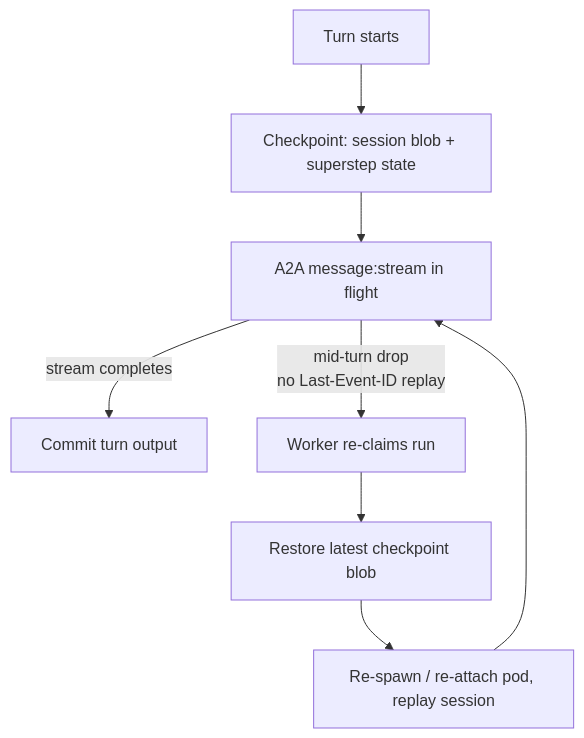
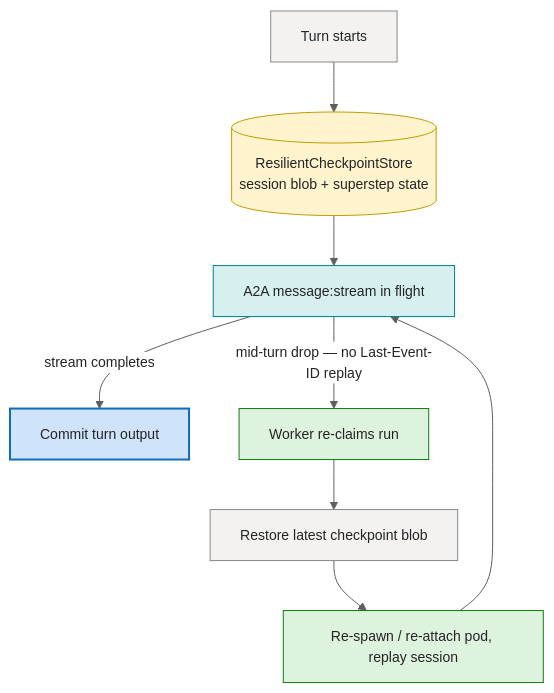
The third of 3 diagrams in docs/deep-dive/a2a-bridge.md (sabbour/agentweaver), drawn with Mermaid before and after one commit. The commit also changed other lines of this file and 13 other files, not shown here.

````diff
--- a/docs/deep-dive/a2a-bridge.md
+++ b/docs/deep-dive/a2a-bridge.md
@@ -143,10 +162,26 @@
 ```mermaid
+%%{init: {'theme':'base','themeVariables':{'fontFamily':'Segoe UI, system-ui, -apple-system, sans-serif','fontSize':'14px','primaryColor':'#E8EEF9','primaryBorderColor':'#0F6CBD','primaryTextColor':'#242424','lineColor':'#605E5C','clusterBkg':'#FAF9F8','clusterBorder':'#D2D0CE','edgeLabelBackground':'#FFFFFF'}}}%%
 flowchart TD
-    Start[Turn starts] --> CK1[Checkpoint: session blob + superstep state]
-    CK1 --> Stream[A2A message:stream in flight]
-    Stream -->|stream completes| Done[Commit turn output]
-    Stream -->|mid-turn drop\nno Last-Event-ID replay| Reclaim[Worker re-claims run]
-    Reclaim --> Restore[Restore latest checkpoint blob]
-    Restore --> Respawn[Re-spawn / re-attach pod, replay session]
+    Start["Turn starts"] --> CK1[("ResilientCheckpointStore<br/>session blob + superstep state")]
+    CK1 --> Stream["A2A message:stream in flight"]
+    Stream -->|"stream completes"| Done["Commit turn output"]
+    Stream -->|"mid-turn drop — no Last-Event-ID replay"| Reclaim["Worker re-claims run"]
+    Reclaim --> Restore["Restore latest checkpoint blob"]
+    Restore --> Respawn["Re-spawn / re-attach pod, replay session"]
     Respawn --> Stream
+
+    classDef client fill:#E8EEF9,stroke:#0F6CBD,stroke-width:1px,color:#242424;
+    classDef svc fill:#F3F2F1,stroke:#8A8886,stroke-width:1px,color:#242424;
+    classDef core fill:#CFE4FA,stroke:#0F6CBD,stroke-width:2px,color:#242424;
+    classDef data fill:#FFF4CE,stroke:#C19C00,stroke-width:1px,color:#242424;
+    classDef ext fill:#F0E8F8,stroke:#8764B8,stroke-width:1px,color:#242424;
+    classDef runtime fill:#DDF3DD,stroke:#107C10,stroke-width:1px,color:#242424;
+    classDef evt fill:#D6F0F0,stroke:#038387,stroke-width:1px,color:#242424;
+    class Start svc;
+    class CK1 data;
+    class Stream evt;
+    class Done core;
+    class Reclaim runtime;
+    class Restore svc;
+    class Respawn runtime;
 ```
````
